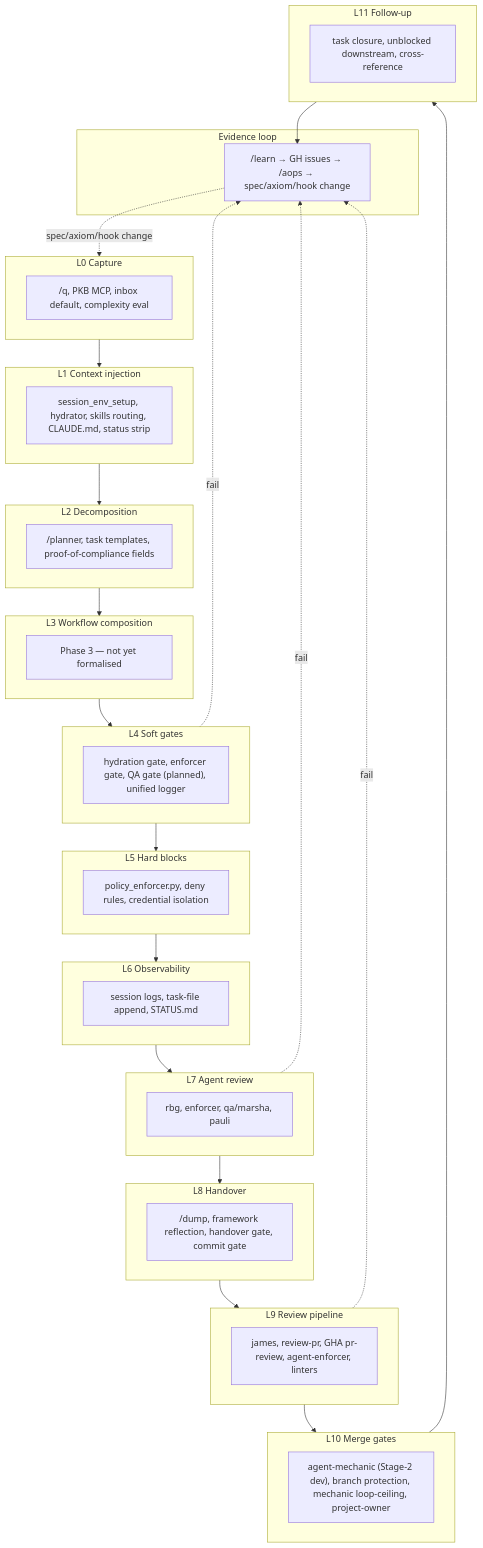
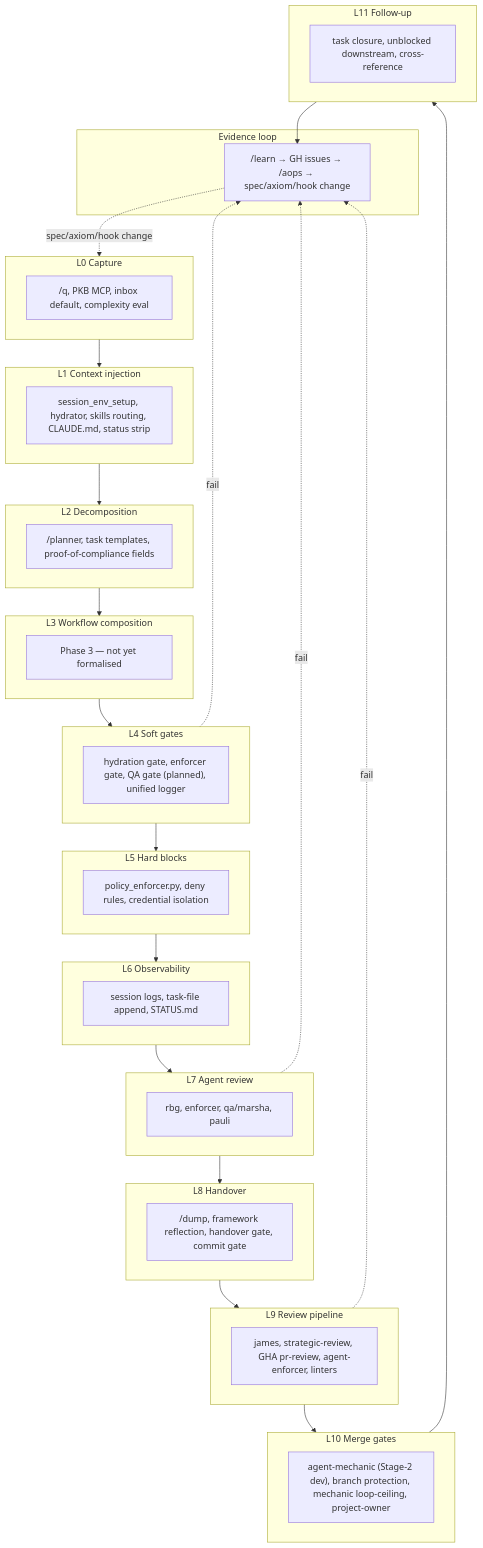
One commit to nicsuzor/academicOps changed the diagram in specs/enforcement/enforcement.md. Above: the diagram before and after it, drawn with Mermaid. The commit also changed 7 other files, not shown here.

First line of the commit message:
feat(review): unify review-pr into /strategic-review; caller fans out, james reconciles

````diff
--- a/specs/enforcement/enforcement.md
+++ b/specs/enforcement/enforcement.md
@@ -48,48 +48,48 @@
 ```mermaid
 flowchart TD
   subgraph L0[L0 Capture]
     Q["/q, PKB MCP, inbox default, complexity eval"]
   end
   subgraph L1[L1 Context injection]
     HYD["session_env_setup, hydrator, skills routing, CLAUDE.md, status strip"]
   end
   subgraph L2[L2 Decomposition]
     DEC["/planner, task templates, proof-of-compliance fields"]
   end
   subgraph L3[L3 Workflow composition]
     WF["Phase 3 — not yet formalised"]
   end
   subgraph L4[L4 Soft gates]
     GATES["hydration gate, enforcer gate, QA gate (planned), unified logger"]
   end
   subgraph L5[L5 Hard blocks]
     HARD["policy_enforcer.py, deny rules, credential isolation"]
   end
   subgraph L6[L6 Observability]
     LOGS["session logs, task-file append, STATUS.md"]
   end
   subgraph L7[L7 Agent review]
     AGENTS["rbg, enforcer, qa/marsha, pauli"]
   end
   subgraph L8[L8 Handover]
     HAND["/dump, framework reflection, handover gate, commit gate"]
   end
   subgraph L9[L9 Review pipeline]
-    REV["james, review-pr, GHA pr-review, agent-enforcer, linters"]
+    REV["james, strategic-review, GHA pr-review, agent-enforcer, linters"]
   end
   subgraph L10[L10 Merge gates]
     MERGE["agent-mechanic (Stage-2 dev), branch protection, mechanic loop-ceiling, project-owner"]
   end
   subgraph L11[L11 Follow-up]
     FUP["task closure, unblocked downstream, cross-reference"]
   end
   subgraph EV[Evidence loop]
     LEARN["/learn → GH issues → /aops → spec/axiom/hook change"]
   end
   L0 --> L1 --> L2 --> L3 --> L4 --> L5 --> L6 --> L7 --> L8 --> L9 --> L10 --> L11
   L4 -. fail .-> LEARN
   L7 -. fail .-> LEARN
   L9 -. fail .-> LEARN
   L11 --> LEARN
   LEARN -. spec/axiom/hook change .-> L0
 ```
````
